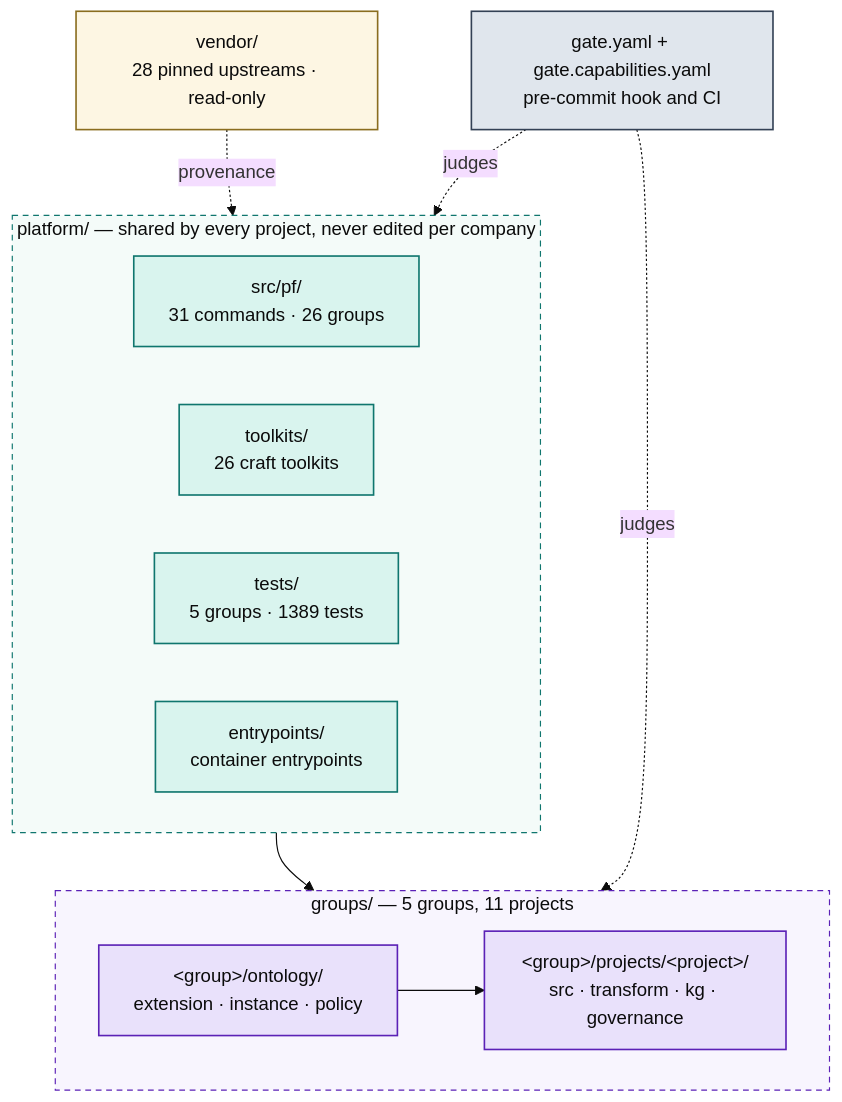
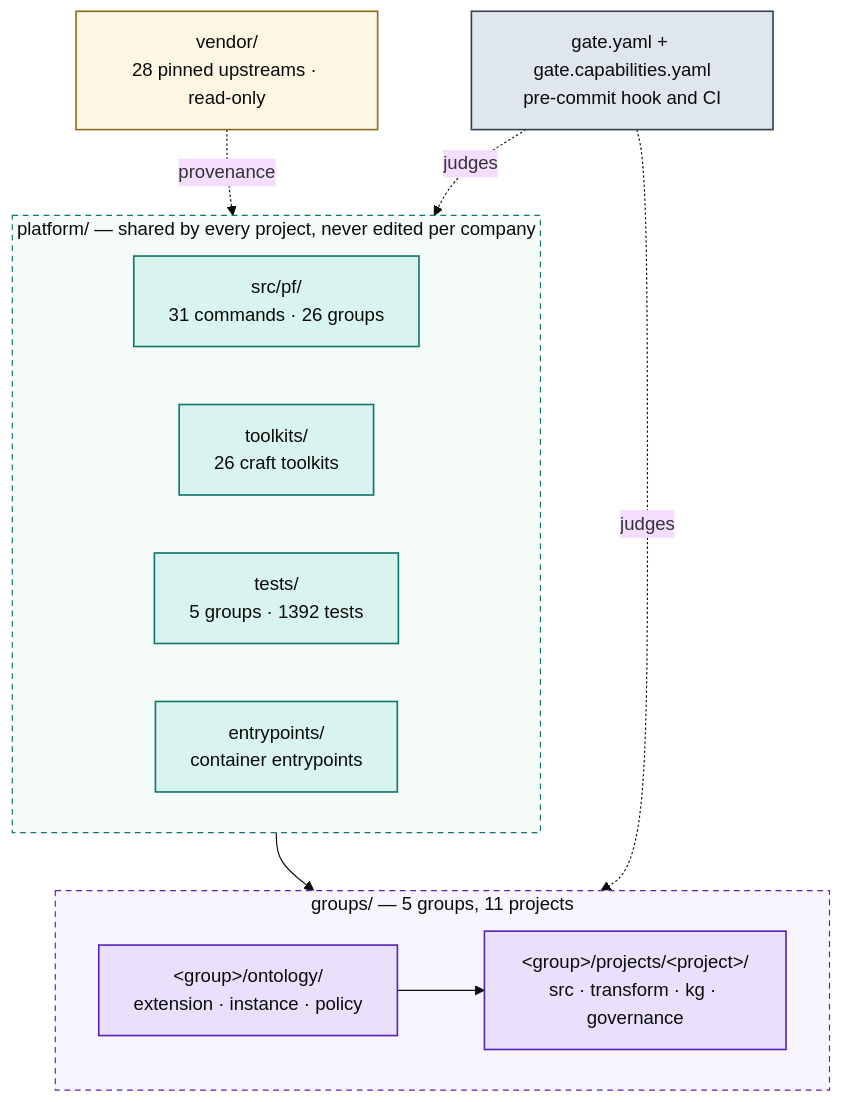
One commit to Atomz-org/data-platform changed the first of 5 diagrams in docs/ARCHITECTURE.md. Above: the diagram before and after it, drawn with Mermaid (base theme). The commit also changed other lines of this file and 2 other files, not shown here.

Commit message:
context: regenerate the repo map, the guide and the test index
The three files the pre-push hook named as stale; `pf context refresh`
output, committed with the change that made them so.

````diff
--- a/docs/ARCHITECTURE.md
+++ b/docs/ARCHITECTURE.md
@@ -15,36 +15,36 @@
 ```mermaid
 flowchart TB
   subgraph SHARED["platform/ — shared by every project, never edited per company"]
     direction LR
     ENG["src/pf/<br/>31 commands · 26 groups"]
     TK["toolkits/<br/>26 craft toolkits"]
-    TST["tests/<br/>5 groups · 1389 tests"]
+    TST["tests/<br/>5 groups · 1392 tests"]
     ENT["entrypoints/<br/>container entrypoints"]
   end
 
   subgraph ENTITIES["groups/ — 5 groups, 11 projects"]
     direction LR
     GRP["&lt;group&gt;/ontology/<br/>extension · instance · policy"]
     PRJ["&lt;group&gt;/projects/&lt;project&gt;/<br/>src · transform · kg · governance"]
     GRP --> PRJ
   end
 
   VEN["vendor/<br/>28 pinned upstreams · read-only"]
   GATE["gate.yaml + gate.capabilities.yaml<br/>pre-commit hook and CI"]
 
   SHARED --> ENTITIES
   VEN -.provenance.-> SHARED
   GATE -.judges.-> ENTITIES
   GATE -.judges.-> SHARED
 
   classDef code fill:#d9f4ee,stroke:#0f766e,stroke-width:1.4px,color:#0b0b0b
   classDef data fill:#e9e1fb,stroke:#5b21b6,stroke-width:1.4px,color:#0b0b0b
   classDef gov fill:#e0e6ed,stroke:#334155,stroke-width:1.4px,color:#0b0b0b
   classDef ext fill:#fdf6e3,stroke:#8a6d1f,stroke-width:1.4px,color:#0b0b0b
   class ENG,TK,TST,ENT code
   class GRP,PRJ data
   class GATE gov
   class VEN ext
   style SHARED fill:#f4fbf9,stroke:#0f766e,stroke-dasharray:5 4,color:#0b0b0b
   style ENTITIES fill:#f8f5fe,stroke:#5b21b6,stroke-dasharray:5 4,color:#0b0b0b
 ```
````
